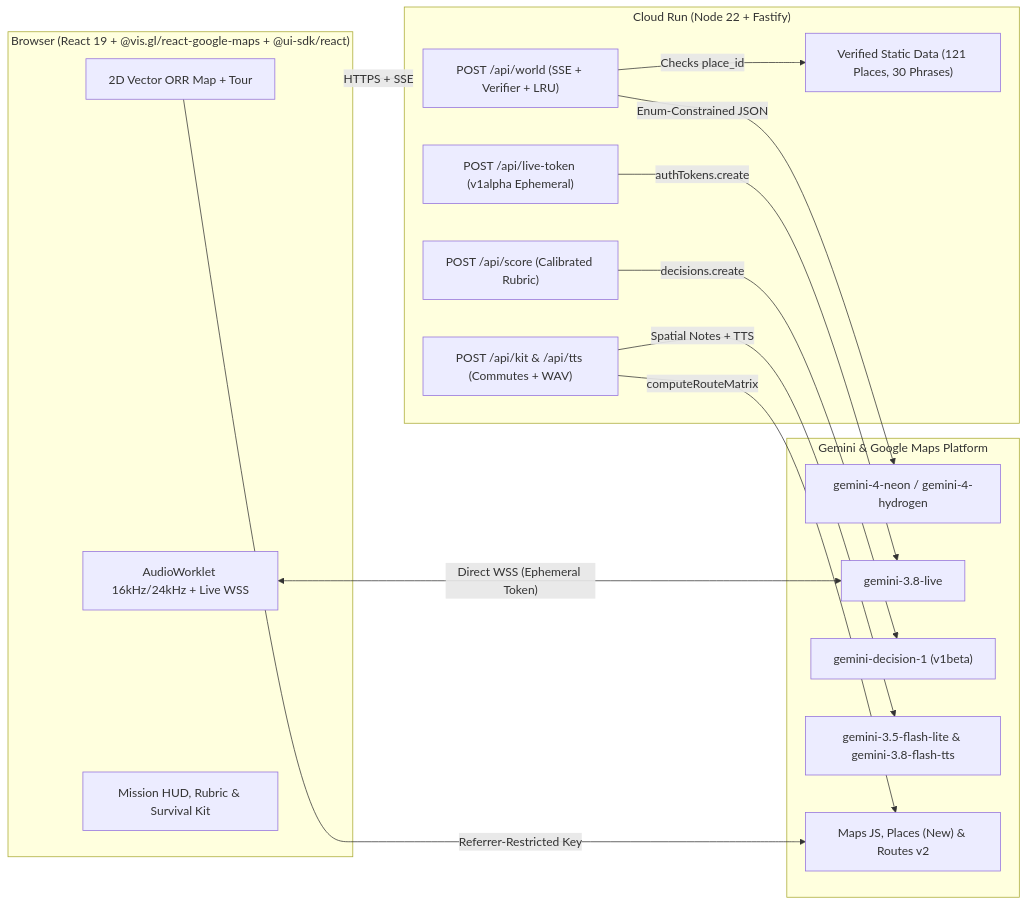
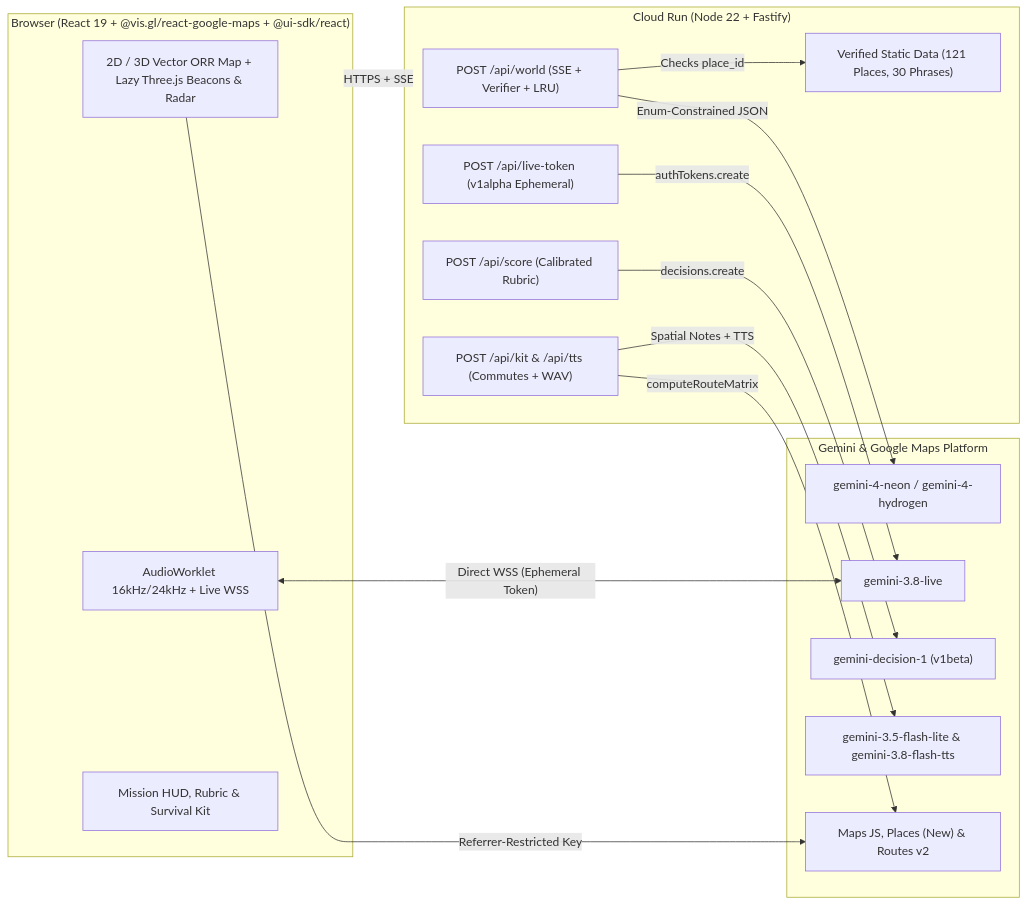
The diagram in docs/ARCHITECTURE_OVERVIEW.md (bhagyarana/Apna-Area), drawn with Mermaid before and after one commit. The commit also changed other lines of this file and 3 other files, not shown here.

Commit message:
docs(p8): document 3D Neon Dusk layer across README, architecture overview, and video coverage

````diff
--- a/docs/ARCHITECTURE_OVERVIEW.md
+++ b/docs/ARCHITECTURE_OVERVIEW.md
@@ -5,34 +5,34 @@
 ```mermaid
 flowchart LR
   subgraph Client["Browser (React 19 + @vis.gl/react-google-maps + @ui-sdk/react)"]
-    Map["2D Vector ORR Map + Tour"]
+    Map["2D / 3D Vector ORR Map + Lazy Three.js Beacons & Radar"]
     Voice["AudioWorklet 16kHz/24kHz + Live WSS"]
     HUD["Mission HUD, Rubric & Survival Kit"]
   end
 
   subgraph Server["Cloud Run (Node 22 + Fastify)"]
     World["POST /api/world (SSE + Verifier + LRU)"]
     Token["POST /api/live-token (v1alpha Ephemeral)"]
     Score["POST /api/score (Calibrated Rubric)"]
     Kit["POST /api/kit & /api/tts (Commutes + WAV)"]
     Data["Verified Static Data (121 Places, 30 Phrases)"]
   end
 
   subgraph Upstreams["Gemini & Google Maps Platform"]
     Neon["gemini-4-neon / gemini-4-hydrogen"]
     Live["gemini-3.8-live"]
     Dec["gemini-decision-1 (v1beta)"]
     Lite["gemini-3.5-flash-lite & gemini-3.8-flash-tts"]
     Maps["Maps JS, Places (New) & Routes v2"]
   end
 
   Client -->|"HTTPS + SSE"| Server
   Map -->|"Referrer-Restricted Key"| Maps
   Voice <-->|"Direct WSS (Ephemeral Token)"| Live
   World -->|"Enum-Constrained JSON"| Neon
   World -->|"Checks place_id"| Data
   Token -->|"authTokens.create"| Live
   Score -->|"decisions.create"| Dec
   Kit -->|"computeRouteMatrix"| Maps
   Kit -->|"Spatial Notes + TTS"| Lite
 ```
````
